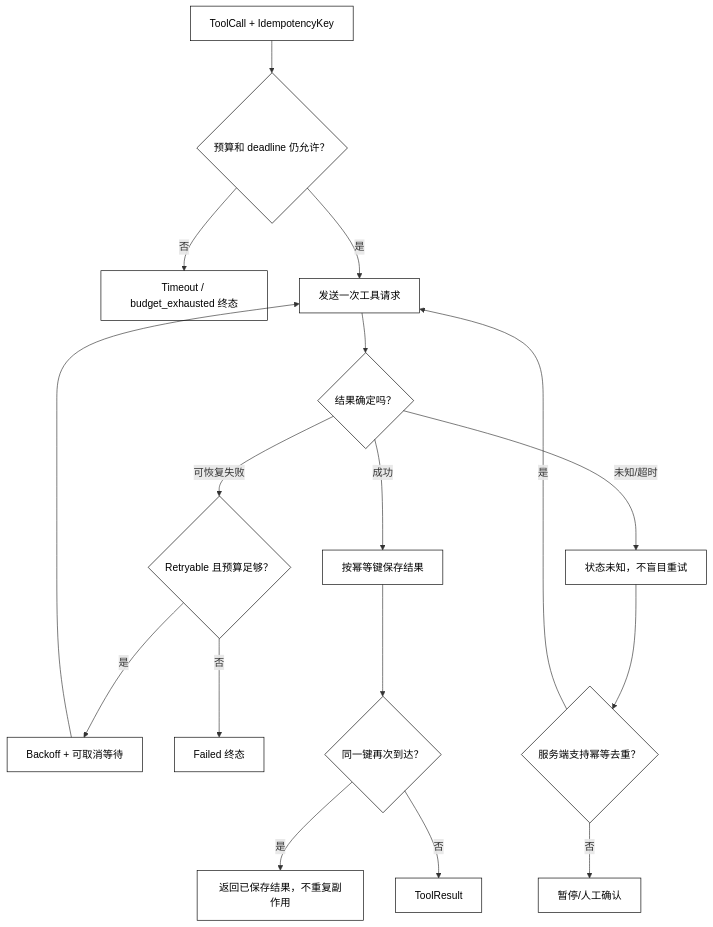
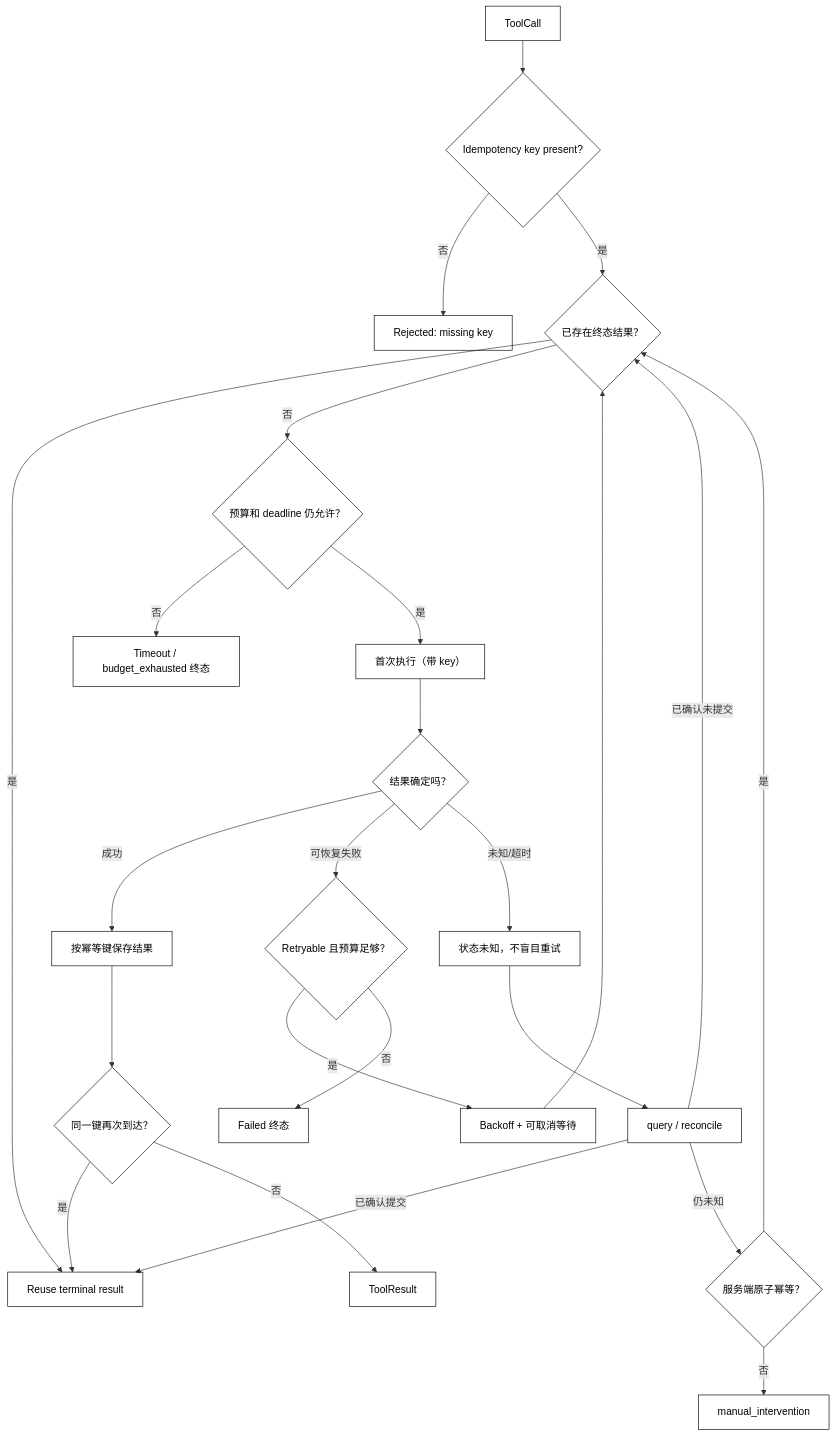
The diagram in docs/courses/agent/04-Tool-Calling与Agent-Loop/07-超时重试幂等与去重.md (clint-sfy/clintsfy.github.io), drawn with Mermaid before and after one commit. The commit also changed other lines of this file and 5 other files, not shown here.

````diff
--- a/docs/courses/agent/04-Tool-Calling与Agent-Loop/07-超时重试幂等与去重.md
+++ b/docs/courses/agent/04-Tool-Calling与Agent-Loop/07-超时重试幂等与去重.md
@@ -29,22 +29,29 @@
 ```mermaid
 flowchart TD
-    Call["ToolCall + IdempotencyKey"] --> Deadline{"预算和 deadline 仍允许？"}
+    Call["ToolCall"] --> Key{"Idempotency key present?"}
+    Key -->|否| MissingKey["Rejected: missing key"]
+    Key -->|是| Existing{"已存在终态结果？"}
+    Existing -->|是| Reuse["Reuse terminal result"]
+    Existing -->|否| Deadline{"预算和 deadline 仍允许？"}
     Deadline -->|否| Timeout["Timeout / budget_exhausted 终态"]
-    Deadline -->|是| Execute["发送一次工具请求"]
+    Deadline -->|是| Execute["首次执行（带 key）"]
     Execute --> Outcome{"结果确定吗？"}
     Outcome -->|成功| Store["按幂等键保存结果"]
     Outcome -->|可恢复失败| Classify{"Retryable 且预算足够？"}
     Classify -->|是| Backoff["Backoff + 可取消等待"]
-    Backoff --> Execute
+    Backoff --> Existing
     Classify -->|否| Failed["Failed 终态"]
     Outcome -->|未知/超时| Unknown["状态未知，不盲目重试"]
-    Unknown --> Dedup{"服务端支持幂等去重？"}
-    Dedup -->|是| Execute
-    Dedup -->|否| Manual["暂停/人工确认"]
+    Unknown --> Query["query / reconcile"]
+    Query -->|已确认提交| Reuse
+    Query -->|已确认未提交| Existing
+    Query -->|仍未知| Atomic{"服务端原子幂等？"}
+    Atomic -->|是| Existing
+    Atomic -->|否| Manual["manual_intervention"]
     Store --> Duplicate{"同一键再次到达？"}
-    Duplicate -->|是| Reuse["返回已保存结果，不重复副作用"]
+    Duplicate -->|是| Reuse
     Duplicate -->|否| Result["ToolResult"]
 
     classDef core fill:transparent,stroke:currentColor,color:currentColor,stroke-width:1px;
-    class Call,Deadline,Timeout,Execute,Outcome,Store,Classify,Backoff,Failed,Unknown,Dedup,Manual,Duplicate,Reuse,Result core;
+    class Call,Key,MissingKey,Existing,Reuse,Deadline,Timeout,Execute,Outcome,Store,Classify,Backoff,Failed,Unknown,Query,Atomic,Manual,Duplicate,Result core;
 ```
````
